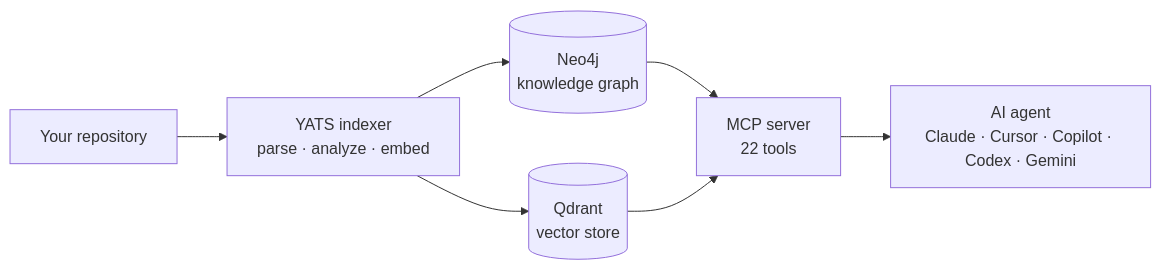
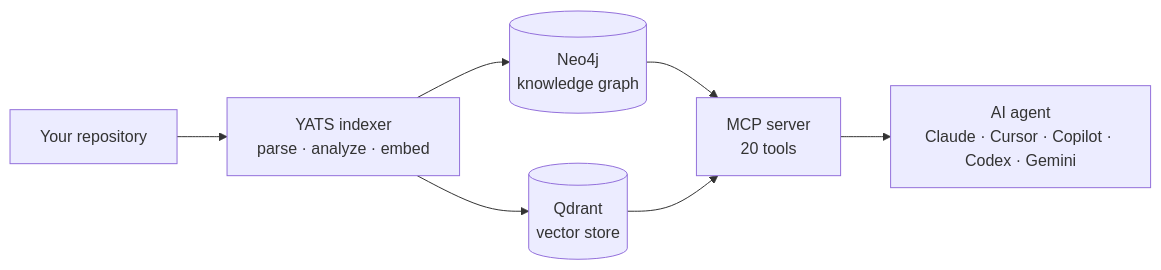
One commit to fvinciarelli/yats.ai changed the diagram in README.md. Above: the diagram before and after it, drawn with Mermaid. The commit also changed other lines of this file and 4 other files, not shown here.

First line of the commit message:
docs: reflect P1-P6 in README/ARCHITECTURE + dogfooding config

````diff
--- a/README.md
+++ b/README.md
@@ -211,9 +212,9 @@
 ```mermaid
 flowchart LR
     A[Your repository] --> B[YATS indexer<br/>parse · analyze · embed]
     B --> C[(Neo4j<br/>knowledge graph)]
     B --> D[(Qdrant<br/>vector store)]
-    C --> E[MCP server<br/>22 tools]
+    C --> E[MCP server<br/>20 tools]
     D --> E
     E --> F[AI agent<br/>Claude · Cursor · Copilot · Codex · Gemini]
 ```
````
